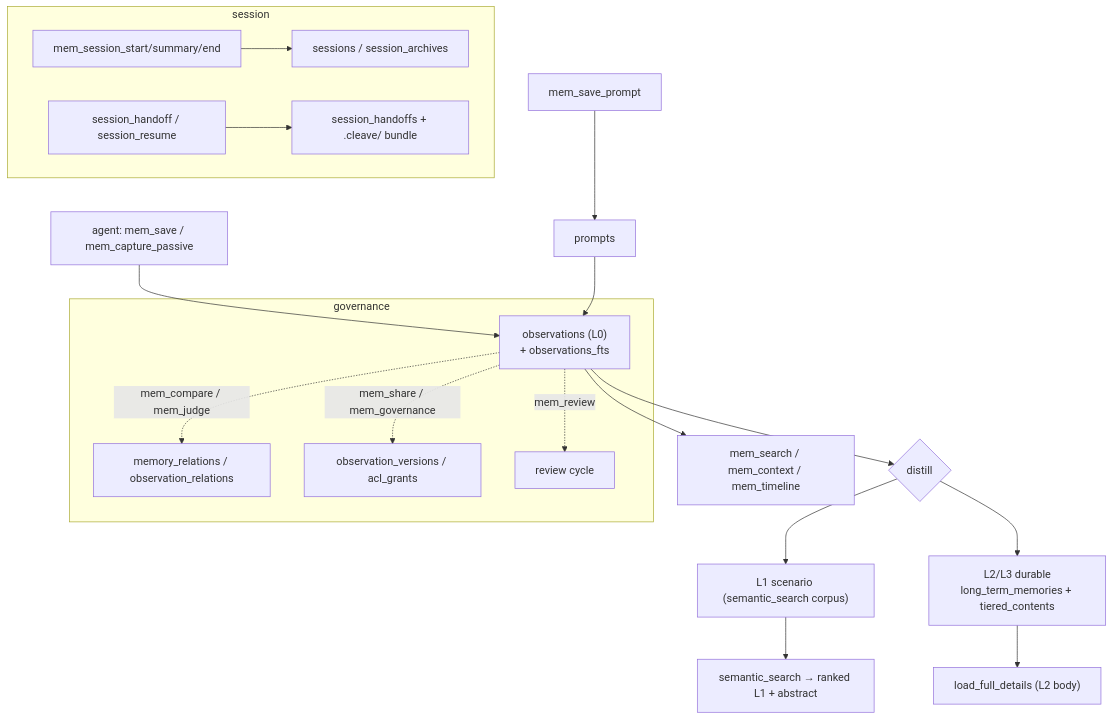
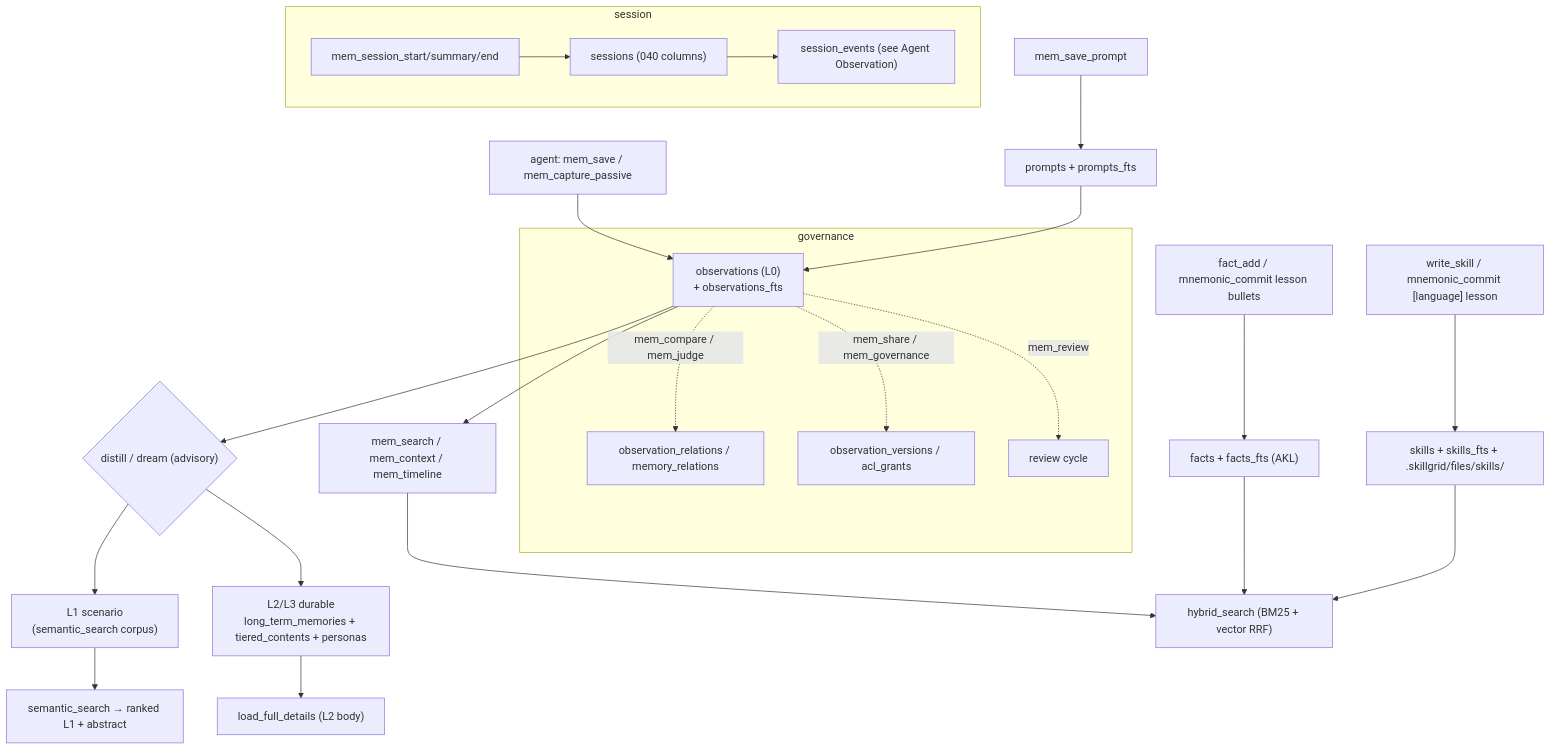
Before and after one commit to devopstales/skillgrid: the second of 8 diagrams in docs/user-guide/05-memory-and-indexing.md, drawn with Mermaid. The commit also changed other lines of this file and 15 other files, not shown here.

````diff
--- a/docs/user-guide/05-memory-and-indexing.md
+++ b/docs/user-guide/05-memory-and-indexing.md
@@ -117,22 +185,28 @@
 ```mermaid
 flowchart TD
   A["agent: mem_save / mem_capture_passive"] --> B["observations (L0)<br/>+ observations_fts"]
-  A2["mem_save_prompt"] --> P["prompts"] --> B
-  B --> C{"distill"}
-  C --> L1["L1 scenario (semantic_search corpus)"]
-  C --> L23["L2/L3 durable<br/>long_term_memories + tiered_contents"]
+  A2["mem_save_prompt"] --> P["prompts + prompts_fts"] --> B
+  B --> C{"distill / dream (advisory)"}
+  C --> L1["L1 scenario<br/>(semantic_search corpus)"]
+  C --> L23["L2/L3 durable<br/>long_term_memories + tiered_contents + personas"]
   L1 --> RS["semantic_search → ranked L1 + abstract"]
   L23 --> LF["load_full_details (L2 body)"]
   B --> RS2["mem_search / mem_context / mem_timeline"]
 
+  F["fact_add / mnemonic_commit lesson bullets"] --> FT["facts + facts_fts (AKL)"]
+  S["write_skill / mnemonic_commit [language] lesson"] --> SK["skills + skills_fts + .skillgrid/files/skills/"]
+  FT --> HB["hybrid_search (BM25 + vector RRF)"]
+  SK --> HB
+  RS2 --> HB
+
   subgraph governance
-    B -. mem_compare / mem_judge .-> REL["memory_relations / observation_relations"]
+    B -. mem_compare / mem_judge .-> REL["observation_relations / memory_relations"]
     B -. mem_share / mem_governance .-> GOV["observation_versions / acl_grants"]
     B -. mem_review .-> REV["review cycle"]
   end
 
   subgraph session
-    SS["mem_session_start/summary/end"] --> SES["sessions / session_archives"]
-    SH["session_handoff / session_resume"] --> HND["session_handoffs + .cleave/ bundle"]
+    SS["mem_session_start/summary/end"] --> SES["sessions (040 columns)"]
+    SES --> SE["session_events (see Agent Observation)"]
   end
 ```
````
